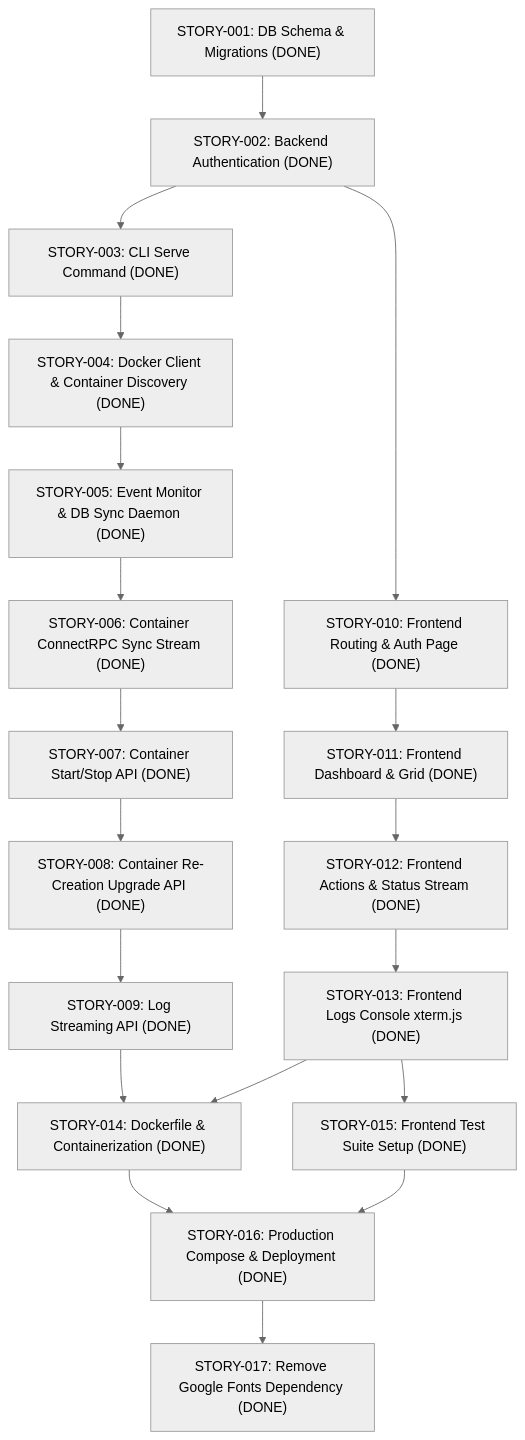
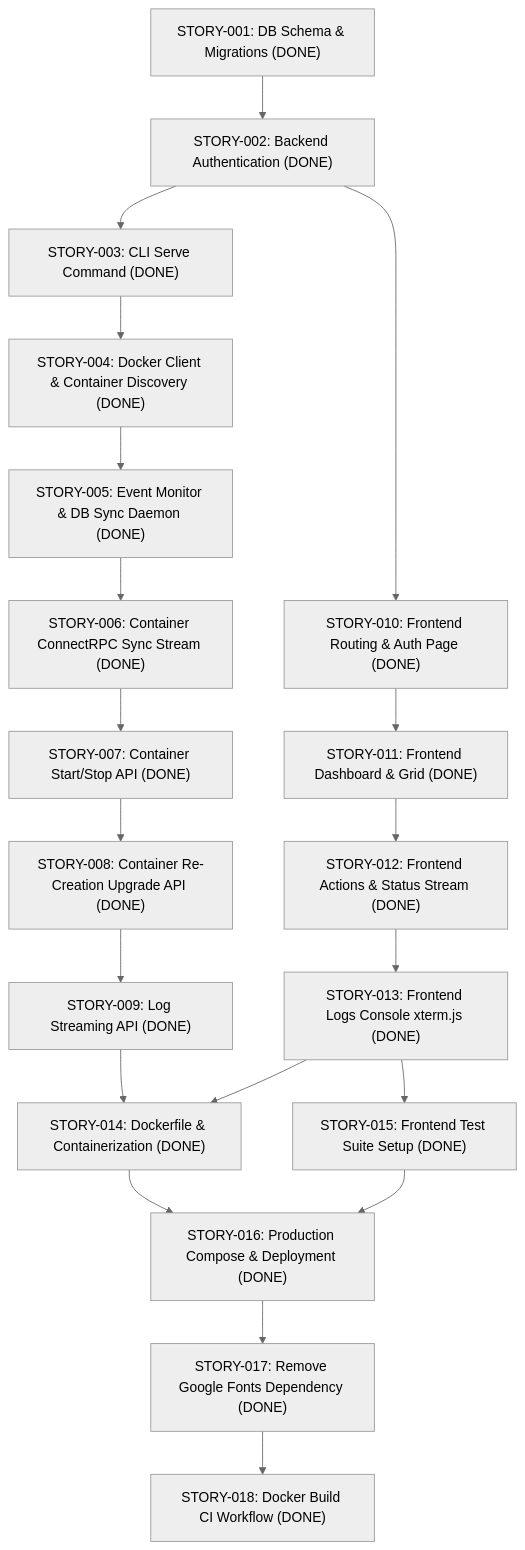
The diagram in docs/stories.md (noosxe/dmanager), drawn with Mermaid (neutral theme) before and after one commit. The commit also changed other lines of this file and 1 other file, not shown here.

First line of the commit message:
chore: add docker build ci workflow (#38)

````diff
--- a/docs/stories.md
+++ b/docs/stories.md
@@ -5,21 +5,22 @@
 ```mermaid
 graph TD
     S1["STORY-001: DB Schema & Migrations (DONE)"] --> S2["STORY-002: Backend Authentication (DONE)"]
     S2 --> S3["STORY-003: CLI Serve Command (DONE)"]
     S3 --> S4["STORY-004: Docker Client & Container Discovery (DONE)"]
     S4 --> S5["STORY-005: Event Monitor & DB Sync Daemon (DONE)"]
     S5 --> S6["STORY-006: Container ConnectRPC Sync Stream (DONE)"]
     S6 --> S7["STORY-007: Container Start/Stop API (DONE)"]
     S7 --> S8["STORY-008: Container Re-Creation Upgrade API (DONE)"]
     S8 --> S9["STORY-009: Log Streaming API (DONE)"]
     S2 --> F1["STORY-010: Frontend Routing & Auth Page (DONE)"]
     F1 --> F2["STORY-011: Frontend Dashboard & Grid (DONE)"]
     F2 --> F3["STORY-012: Frontend Actions & Status Stream (DONE)"]
     F3 --> F4["STORY-013: Frontend Logs Console xterm.js (DONE)"]
     S9 --> S14["STORY-014: Dockerfile & Containerization (DONE)"]
     F4 --> S14
     F4 --> F5["STORY-015: Frontend Test Suite Setup (DONE)"]
     S14 --> S16["STORY-016: Production Compose & Deployment (DONE)"]
     F5 --> S16
     S16 --> F17["STORY-017: Remove Google Fonts Dependency (DONE)"]
+    F17 --> S18["STORY-018: Docker Build CI Workflow (DONE)"]
 ```
````
